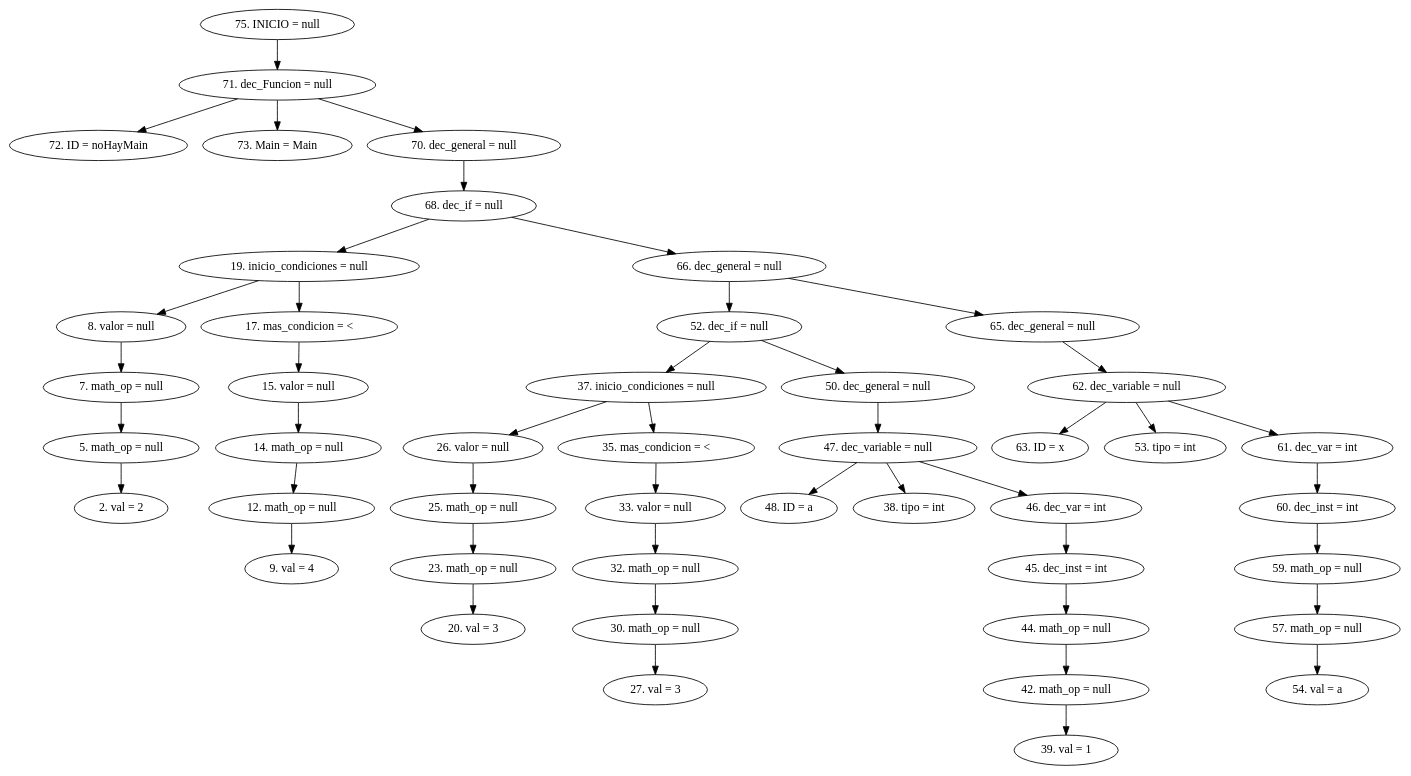
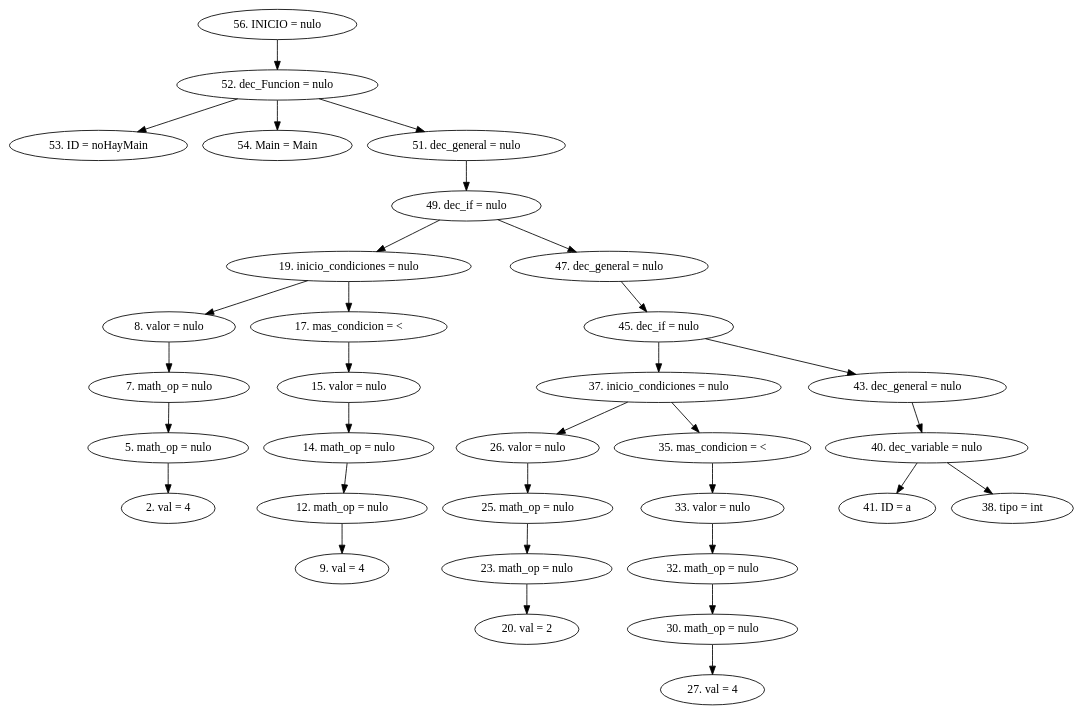
The diagram in AST.dot (CarlosSosVos/NACHTs), drawn with Graphviz before and after one commit. The commit also changed 14 other files, not shown here.

```diff
--- a/AST.dot
+++ b/AST.dot
@@ -1,49 +1,35 @@
 digraph G {
-"75. INICIO = null"->"71. dec_Funcion = null"
-"71. dec_Funcion = null"->"72. ID = noHayMain"
-"71. dec_Funcion = null"->"73. Main = Main"
-"71. dec_Funcion = null"->"70. dec_general = null"
-"70. dec_general = null"->"68. dec_if = null"
-"68. dec_if = null"->"19. inicio_condiciones = null"
-"19. inicio_condiciones = null"->"8. valor = null"
-"8. valor = null"->"7. math_op = null"
-"7. math_op = null"->"5. math_op = null"
-"5. math_op = null"->"2. val = 2"
-"19. inicio_condiciones = null"->"17. mas_condicion = <"
-"17. mas_condicion = <"->"15. valor = null"
-"15. valor = null"->"14. math_op = null"
-"14. math_op = null"->"12. math_op = null"
-"12. math_op = null"->"9. val = 4"
-"68. dec_if = null"->"66. dec_general = null"
-"66. dec_general = null"->"52. dec_if = null"
-"52. dec_if = null"->"37. inicio_condiciones = null"
-"37. inicio_condiciones = null"->"26. valor = null"
-"26. valor = null"->"25. math_op = null"
-"25. math_op = null"->"23. math_op = null"
-"23. math_op = null"->"20. val = 3"
-"37. inicio_condiciones = null"->"35. mas_condicion = <"
-"35. mas_condicion = <"->"33. valor = null"
-"33. valor = null"->"32. math_op = null"
-"32. math_op = null"->"30. math_op = null"
-"30. math_op = null"->"27. val = 3"
-"52. dec_if = null"->"50. dec_general = null"
-"50. dec_general = null"->"47. dec_variable = null"
-"47. dec_variable = null"->"48. ID = a"
-"47. dec_variable = null"->"38. tipo = int"
-"47. dec_variable = null"->"46. dec_var = int"
-"46. dec_var = int"->"45. dec_inst = int"
-"45. dec_inst = int"->"44. math_op = null"
-"44. math_op = null"->"42. math_op = null"
-"42. math_op = null"->"39. val = 1"
-"66. dec_general = null"->"65. dec_general = null"
-"65. dec_general = null"->"62. dec_variable = null"
-"62. dec_variable = null"->"63. ID = x"
-"62. dec_variable = null"->"53. tipo = int"
-"62. dec_variable = null"->"61. dec_var = int"
-"61. dec_var = int"->"60. dec_inst = int"
-"60. dec_inst = int"->"59. math_op = null"
-"59. math_op = null"->"57. math_op = null"
-"57. math_op = null"->"54. val = a"
+"56. INICIO = nulo"->"52. dec_Funcion = nulo"
+"52. dec_Funcion = nulo"->"53. ID = noHayMain"
+"52. dec_Funcion = nulo"->"54. Main = Main"
+"52. dec_Funcion = nulo"->"51. dec_general = nulo"
+"51. dec_general = nulo"->"49. dec_if = nulo"
+"49. dec_if = nulo"->"19. inicio_condiciones = nulo"
+"19. inicio_condiciones = nulo"->"8. valor = nulo"
+"8. valor = nulo"->"7. math_op = nulo"
+"7. math_op = nulo"->"5. math_op = nulo"
+"5. math_op = nulo"->"2. val = 4"
+"19. inicio_condiciones = nulo"->"17. mas_condicion = <"
+"17. mas_condicion = <"->"15. valor = nulo"
+"15. valor = nulo"->"14. math_op = nulo"
+"14. math_op = nulo"->"12. math_op = nulo"
+"12. math_op = nulo"->"9. val = 4"
+"49. dec_if = nulo"->"47. dec_general = nulo"
+"47. dec_general = nulo"->"45. dec_if = nulo"
+"45. dec_if = nulo"->"37. inicio_condiciones = nulo"
+"37. inicio_condiciones = nulo"->"26. valor = nulo"
+"26. valor = nulo"->"25. math_op = nulo"
+"25. math_op = nulo"->"23. math_op = nulo"
+"23. math_op = nulo"->"20. val = 2"
+"37. inicio_condiciones = nulo"->"35. mas_condicion = <"
+"35. mas_condicion = <"->"33. valor = nulo"
+"33. valor = nulo"->"32. math_op = nulo"
+"32. math_op = nulo"->"30. math_op = nulo"
+"30. math_op = nulo"->"27. val = 4"
+"45. dec_if = nulo"->"43. dec_general = nulo"
+"43. dec_general = nulo"->"40. dec_variable = nulo"
+"40. dec_variable = nulo"->"41. ID = a"
+"40. dec_variable = nulo"->"38. tipo = int"
 
 
 }
```
